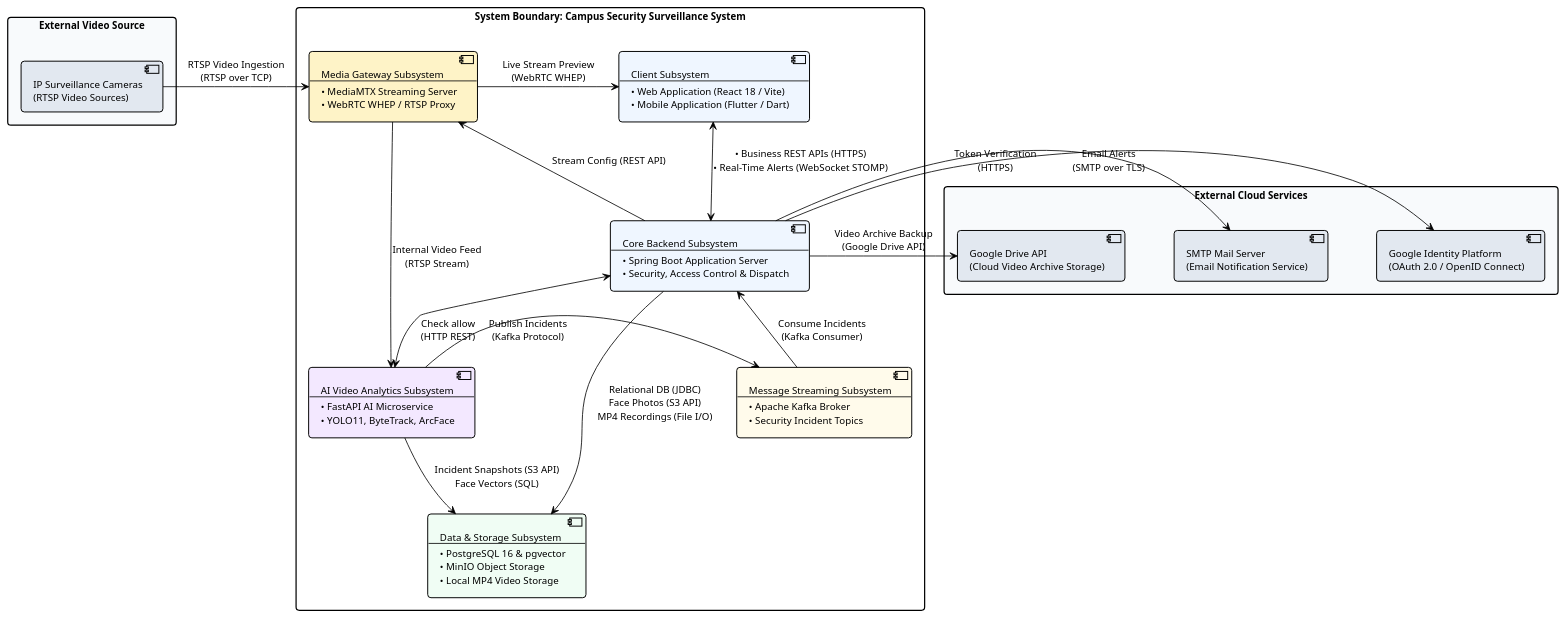
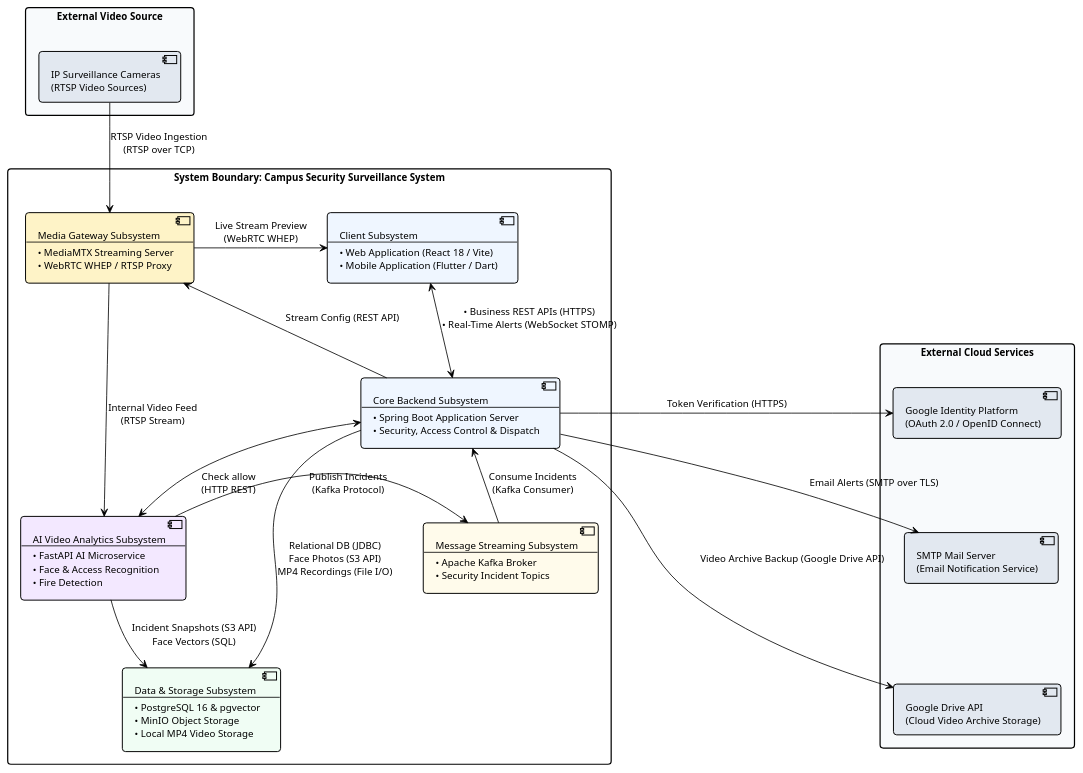
One commit to AnhHao2505/AI-Based-Intelligent-Campus-Security-Surveillance-System changed the diagram in docs/diagrams/system_architecture.puml. Above: the diagram before and after it, drawn with PlantUML. The commit also changed 2 other files, not shown here.

Commit message:
Small changes to layout for diagram

```diff
--- a/docs/diagrams/system_architecture.puml
+++ b/docs/diagrams/system_architecture.puml
@@ -1,87 +1,93 @@
 @startuml system_architecture
 !theme plain
 skinparam backgroundColor #FFFFFF
 skinparam defaultFontName Arial
 skinparam defaultFontSize 12
 skinparam roundCorner 8
 skinparam shadowing false
 skinparam packageStyle rectangle
 
-skinparam nodesep 60
-skinparam ranksep 60
+skinparam nodesep 50
+skinparam ranksep 50
 
 skinparam rectangle {
     BorderThickness 1.5
 }
 
 skinparam component {
     BorderThickness 1.2
 }
 
 ' ============================================================================
-' EXTERNAL VIDEO INGESTION (LEFT)
+' 1. EXTERNAL VIDEO SOURCE (TOP)
 ' ============================================================================
 package "External Video Source" as ExtSources #F8FAFC {
     component "IP Surveillance Cameras\n(RTSP Video Sources)" as ExtCameras #E2E8F0
 }
 
 ' ============================================================================
-' SYSTEM BOUNDARY: CAMPUS SECURITY SURVEILLANCE SYSTEM (CENTER)
+' 2. SYSTEM BOUNDARY: CAMPUS SECURITY SURVEILLANCE SYSTEM (CENTER)
 ' ============================================================================
 package "System Boundary: Campus Security Surveillance System" as SysBoundary #FFFFFF {
 
     ' Top Tier: Ingestion & Presentation
     component "Media Gateway Subsystem\n--\n• MediaMTX Streaming Server\n• WebRTC WHEP / RTSP Proxy" as MediaGateway #FEF3C7
     
     component "Client Subsystem\n--\n• Web Application (React 18 / Vite)\n• Mobile Application (Flutter / Dart)" as ClientSubsys #EFF6FF
 
     ' Middle Tier: Processing & Event Pipeline
-    component "AI Video Analytics Subsystem\n--\n• FastAPI AI Microservice\n• YOLO11, ByteTrack, ArcFace" as AISubsys #F3E8FF
+    component "AI Video Analytics Subsystem\n--\n• FastAPI AI Microservice\n• Face & Access Recognition\n• Fire Detection" as AISubsys #F3E8FF
 
     component "Message Streaming Subsystem\n--\n• Apache Kafka Broker\n• Security Incident Topics" as KafkaSubsys #FFFBEB
 
     component "Core Backend Subsystem\n--\n• Spring Boot Application Server\n• Security, Access Control & Dispatch" as BackendSubsys #EFF6FF
 
     ' Bottom Tier: Persistence & Storage
     component "Data & Storage Subsystem\n--\n• PostgreSQL 16 & pgvector\n• MinIO Object Storage\n• Local MP4 Video Storage" as StorageSubsys #F0FDF4
 }
 
 ' ============================================================================
-' EXTERNAL CLOUD SERVICES (RIGHT)
+' 3. EXTERNAL CLOUD SERVICES (RIGHT - VERTICAL ALIGNMENT)
 ' ============================================================================
 package "External Cloud Services" as ExtServices #F8FAFC {
     component "Google Identity Platform\n(OAuth 2.0 / OpenID Connect)" as ExtGoogle #E2E8F0
     component "SMTP Mail Server\n(Email Notification Service)" as ExtMail #E2E8F0
     component "Google Drive API\n(Cloud Video Archive Storage)" as ExtGDrive #E2E8F0
 }
 
+' Enforce vertical stacking for External Cloud Services
+ExtGoogle -[hidden]down-> ExtMail
+ExtMail -[hidden]down-> ExtGDrive
+
 ' ============================================================================
 ' STREAMLINED DATA FLOWS & PROTOCOLS
 ' ============================================================================
 
-' 1. Video Ingestion & Direct Live Streaming
-ExtCameras -right-> MediaGateway : "RTSP Video Ingestion\n(RTSP over TCP)"
+' 1. Video Ingestion from Top into System Boundary
+ExtCameras -down-> MediaGateway : "RTSP Video Ingestion\n(RTSP over TCP)"
+
+' 2. Media Streaming & Client Distribution
 MediaGateway -right-> ClientSubsys : "Live Stream Preview\n(WebRTC WHEP)"
 MediaGateway -down-> AISubsys : "Internal Video Feed\n(RTSP Stream)"
 
-' 2. Client & Core Backend Communication
+' 3. Client & Core Backend Communication
 ClientSubsys <--> BackendSubsys : "• Business REST APIs (HTTPS)\n• Real-Time Alerts (WebSocket STOMP)"
 
-' 3. Core Backend Management of Video & AI
+' 4. Core Backend Management of Video & AI
 BackendSubsys -up-> MediaGateway : "Stream Config (REST API)"
 BackendSubsys <--> AISubsys : "Check allow\n(HTTP REST)"
 
-' 4. Security Incident Event Pipeline (Linear Left-to-Right Flow)
+' 5. Security Incident Event Pipeline (Left-to-Right Flow)
 AISubsys -right-> KafkaSubsys : "Publish Incidents\n(Kafka Protocol)"
 KafkaSubsys -right-> BackendSubsys : "Consume Incidents\n(Kafka Consumer)"
 
-' 5. Data Persistence & Object Storage
+' 6. Data Persistence & Object Storage
 AISubsys -down-> StorageSubsys : "Incident Snapshots (S3 API)\nFace Vectors (SQL)"
 BackendSubsys -down-> StorageSubsys : "Relational DB (JDBC)\nFace Photos (S3 API)\nMP4 Recordings (File I/O)"
 
-' 6. External Cloud Integrations
-BackendSubsys -right-> ExtGoogle : "Token Verification\n(HTTPS)"
-BackendSubsys -right-> ExtMail : "Email Alerts\n(SMTP over TLS)"
-BackendSubsys -right-> ExtGDrive : "Video Archive Backup\n(Google Drive API)"
+' 7. External Cloud Integrations (Right side)
+BackendSubsys -right-> ExtGoogle : "Token Verification (HTTPS)"
+BackendSubsys -right-> ExtMail : "Email Alerts (SMTP over TLS)"
+BackendSubsys -right-> ExtGDrive : "Video Archive Backup (Google Drive API)"
 
 @enduml
```
